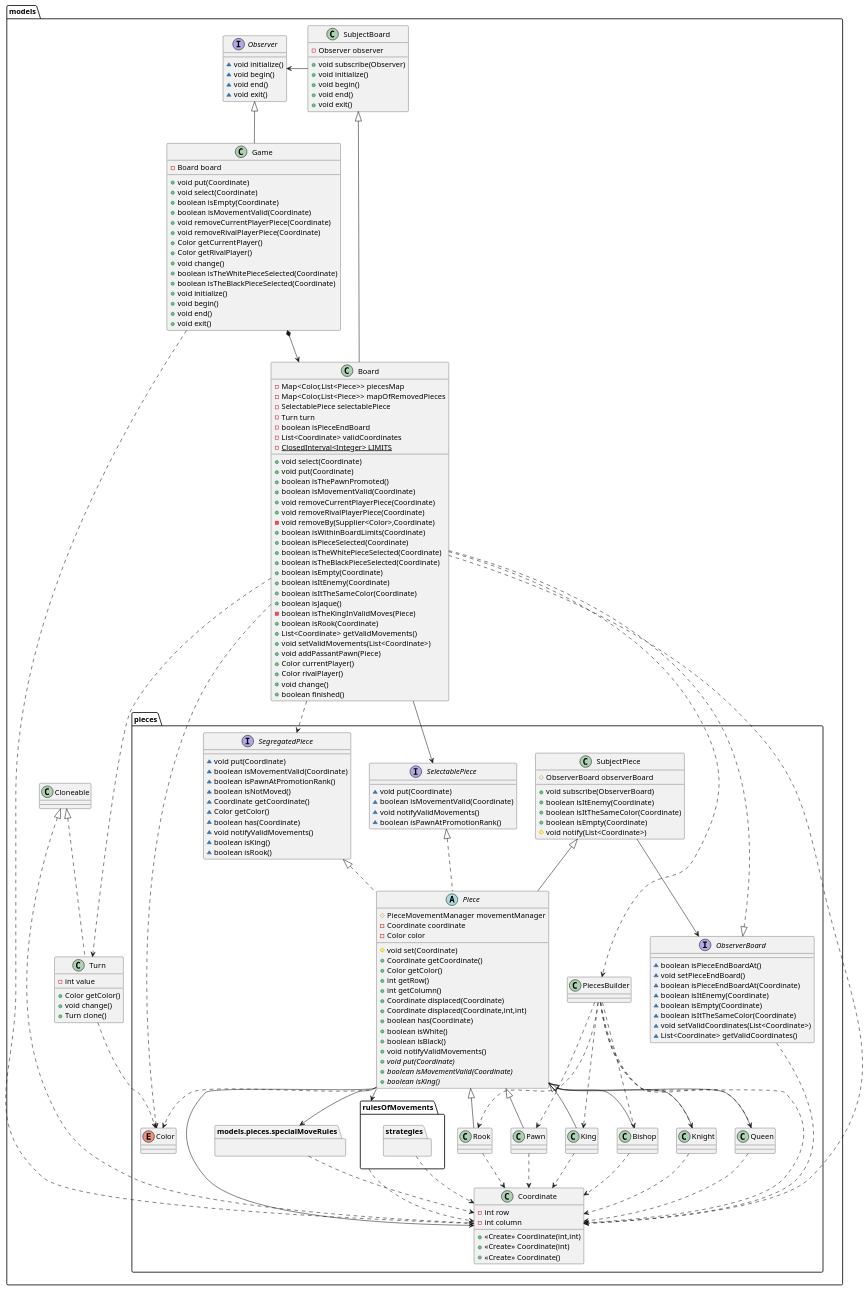
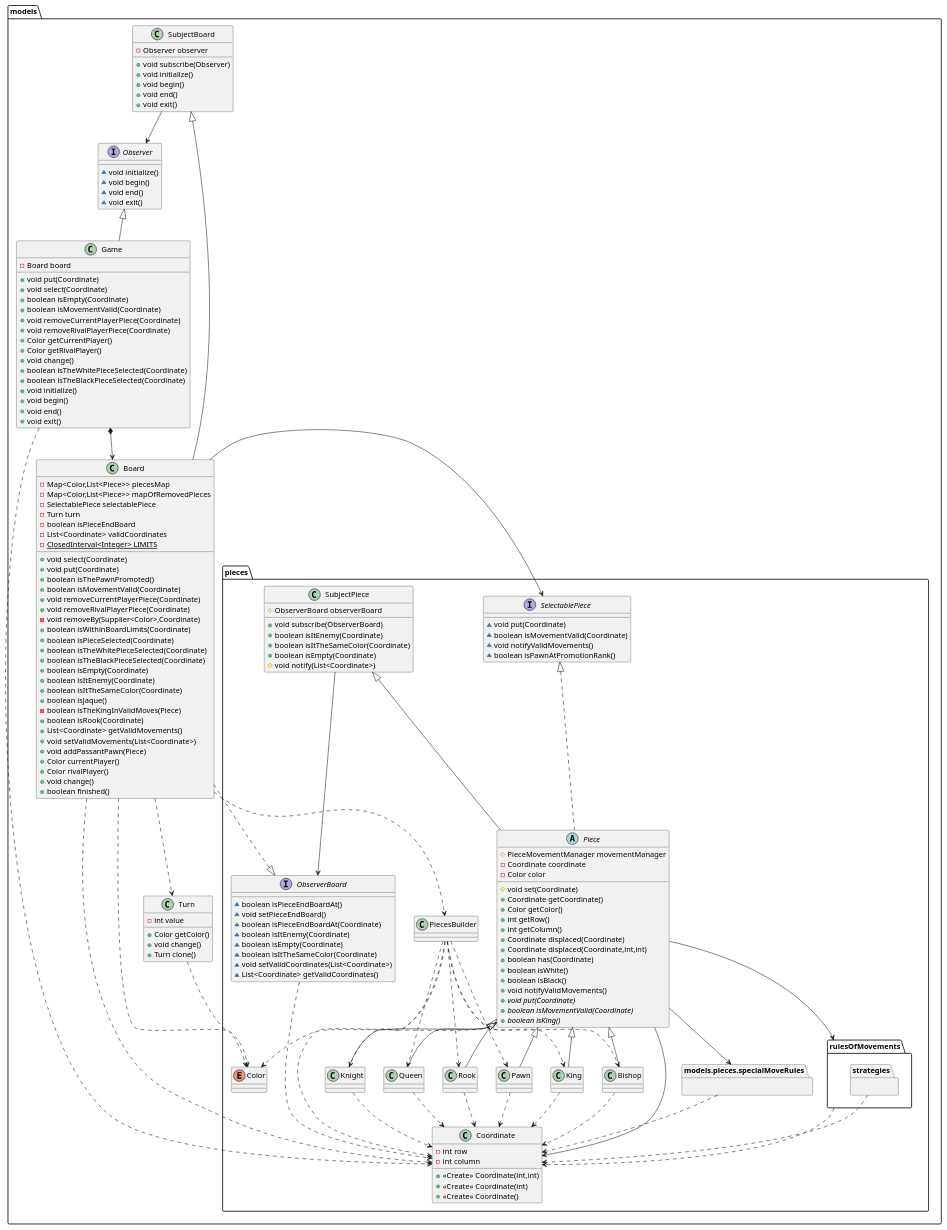
One commit to pcarroza/ajedrez-java changed the diagram in docs/Class Diagram/models.puml. Above: the diagram before and after it, drawn with PlantUML. The commit also changed 3 other files, not shown here.

```diff
--- a/docs/Class Diagram/models.puml
+++ b/docs/Class Diagram/models.puml
@@ -92,20 +92,6 @@
 + void exit()
 }
 
-interface models.pieces.SegregatedPiece {
-~ void put(Coordinate)
-~ boolean isMovementValid(Coordinate)
-~ boolean isPawnAtPromotionRank()
-~ boolean isNotMoved()
-~ Coordinate getCoordinate()
-~ Color getColor()
-~ boolean has(Coordinate)
-~ void notifyValidMovements()
-~ boolean isKing()
-~ boolean isRook()
-}
-
-
 abstract class models.pieces.Piece {
 # PieceMovementManager movementManager
 - Coordinate coordinate
@@ -161,31 +147,27 @@
 
 models.pieces.Piece <|-- models.pieces.Bishop
 models.pieces.Piece <|-- models.pieces.Knight
-models.Cloneable <|.. models.pieces.Coordinate
 models.pieces.ObserverBoard <|.. models.Board
 models.Observer <|-- models.Game
 models.Game *--> models.Board
 models.Game ..> models.pieces.Coordinate
-models.Board ...> models.Turn
+models.Board ..> models.Turn
 models.Board ..> models.pieces.Color
 models.Board ..> models.pieces.Coordinate
 models.Board ..> models.pieces.PiecesBuilder
 models.Board --> models.pieces.SelectablePiece
-models.Board ..> models.pieces.SegregatedPiece
 models.Turn ..> models.pieces.Color
 models.pieces.ObserverBoard ..> models.pieces.Coordinate
 models.SubjectBoard <|-- models.Board
-models.SubjectBoard -left-> models.Observer
+models.SubjectBoard --> models.Observer
 models.pieces.SelectablePiece <|.. models.pieces.Piece
-models.pieces.SegregatedPiece <|.. models.pieces.Piece
 models.pieces.SubjectPiece --> models.pieces.ObserverBoard
 models.pieces.SubjectPiece <|-- models.pieces.Piece
 models.pieces.Piece <|-- models.pieces.Queen
 models.pieces.Piece <|-- models.pieces.Rook
 models.pieces.Piece <|-- models.pieces.Pawn
 models.pieces.Piece ..> models.pieces.Color
-models.pieces.Piece -right-> models.pieces.Coordinate
-models.Cloneable <|.. models.Turn
+models.pieces.Piece --> models.pieces.Coordinate
 models.pieces.Piece <|-- models.pieces.King
 models.pieces.Piece --> models.pieces.specialMoveRules
 models.pieces.PiecesBuilder ..> models.pieces.Pawn
```
